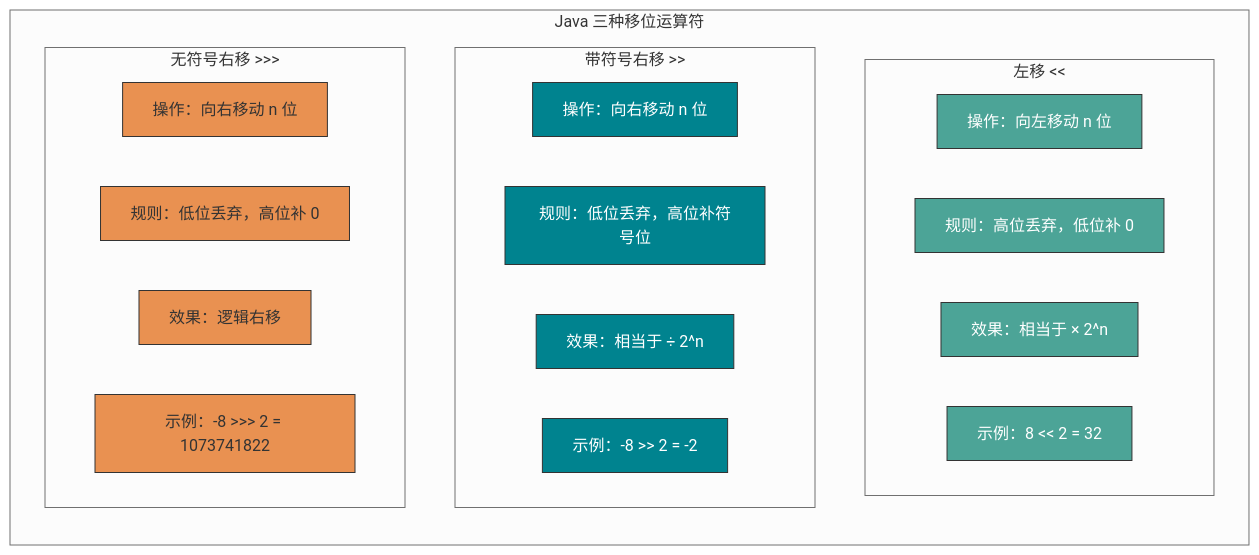
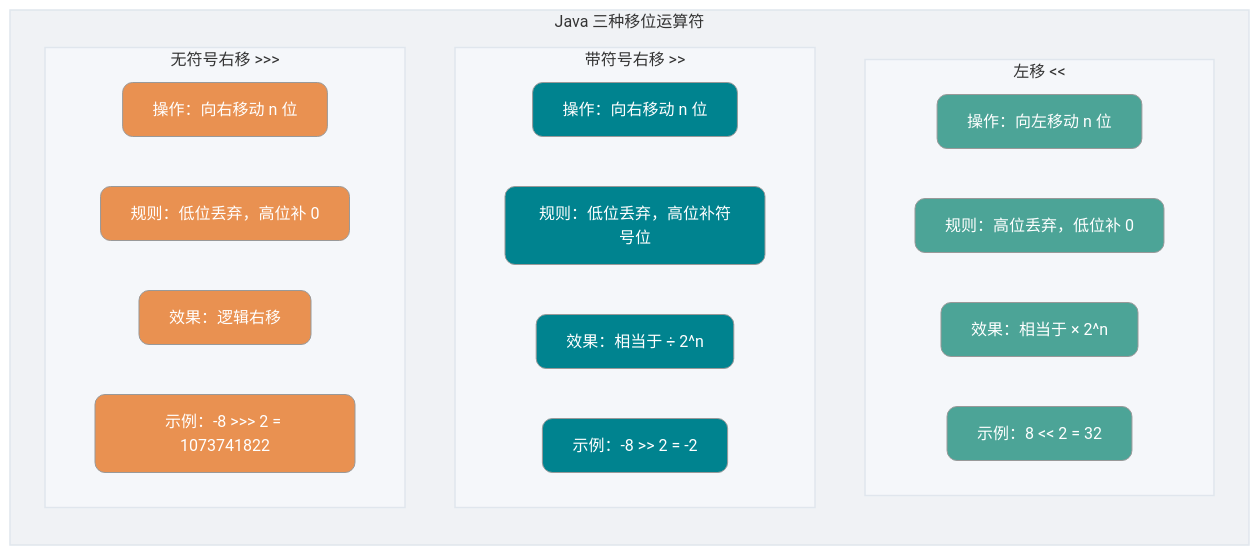
Before and after one commit to Snailclimb/JavaGuide: the second of 5 diagrams in docs/java/basis/java-basic-questions-01.md, drawn with Mermaid (neutral theme). The commit also changed other lines of this file and 7 other files, not shown here.

Commit message:
docs：mermaid 配图样式优化

````diff
--- a/docs/java/basis/java-basic-questions-01.md
+++ b/docs/java/basis/java-basic-questions-01.md
@@ -371,35 +371,38 @@
 ```mermaid
 flowchart TB
+    %% 定义全局样式，保持统一风格
+    classDef left fill:#4CA497,color:#fff,rx:10,ry:10
+    classDef right fill:#00838F,color:#fff,rx:10,ry:10
+    classDef uright fill:#E99151,color:#fff,rx:10,ry:10
+
     subgraph ShiftOps["Java 三种移位运算符"]
         direction TB
+        style ShiftOps fill:#F0F2F5,stroke:#E0E6ED,stroke-width:1.5px
 
         subgraph Left["左移 <<"]
-            L1["操作：向左移动 n 位"]
-            L2["规则：高位丢弃，低位补 0"]
-            L3["效果：相当于 × 2^n"]
-            L4["示例：8 << 2 = 32"]
+            style Left fill:#F5F7FA,stroke:#E0E6ED,stroke-width:1.5px
+            L1["操作：向左移动 n 位"]:::left
+            L2["规则：高位丢弃，低位补 0"]:::left
+            L3["效果：相当于 × 2^n"]:::left
+            L4["示例：8 << 2 = 32"]:::left
         end
 
         subgraph Right["带符号右移 >>"]
-            R1["操作：向右移动 n 位"]
-            R2["规则：低位丢弃，高位补符号位"]
-            R3["效果：相当于 ÷ 2^n"]
-            R4["示例：-8 >> 2 = -2"]
+            style Right fill:#F5F7FA,stroke:#E0E6ED,stroke-width:1.5px
+            R1["操作：向右移动 n 位"]:::right
+            R2["规则：低位丢弃，高位补符号位"]:::right
+            R3["效果：相当于 ÷ 2^n"]:::right
+            R4["示例：-8 >> 2 = -2"]:::right
         end
 
         subgraph URight["无符号右移 >>>"]
-            U1["操作：向右移动 n 位"]
-            U2["规则：低位丢弃，高位补 0"]
-            U3["效果：逻辑右移"]
-            U4["示例：-8 >>> 2 = 1073741822"]
+            style URight fill:#F5F7FA,stroke:#E0E6ED,stroke-width:1.5px
+            U1["操作：向右移动 n 位"]:::uright
+            U2["规则：低位丢弃，高位补 0"]:::uright
+            U3["效果：逻辑右移"]:::uright
+            U4["示例：-8 >>> 2 = 1073741822"]:::uright
         end
     end
 
-    classDef left fill:#4CA497,stroke:#333,color:#fff
-    classDef right fill:#00838F,stroke:#333,color:#fff
-    classDef uright fill:#E99151,stroke:#333,color:#333
-
-    class L1,L2,L3,L4 left
-    class R1,R2,R3,R4 right
-    class U1,U2,U3,U4 uright
+    linkStyle default stroke-width:1.5px,opacity:0.8
 ```
````
